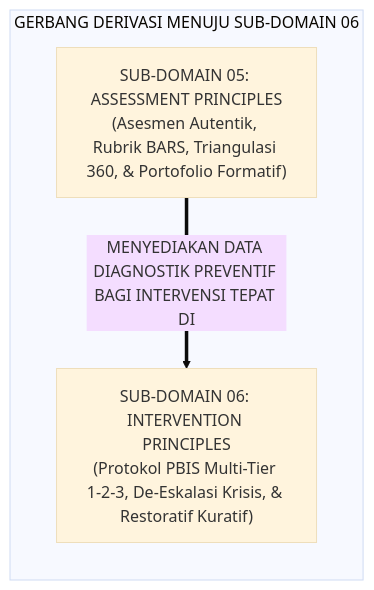
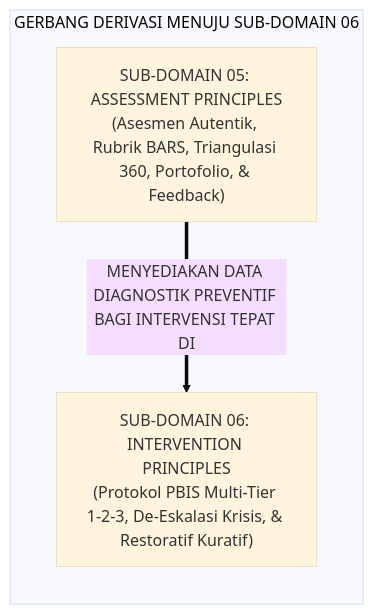
One commit to wandiapriliyandi/tumbuh changed the third of 3 diagrams in 02 Principles/05 Assessment Principles/P2-05-Prinsip-Asesmen-Karakter-TUMBUH.md. Above: the diagram before and after it, drawn with Mermaid (base theme). The commit also changed other lines of this file and 32 other files, not shown here.

Commit message:
feat(principles): expand organically Domain 02 Principles with non-uniform deep monographs (62 files total, max 10/sub-domain)

````diff
--- a/02 Principles/05 Assessment Principles/P2-05-Prinsip-Asesmen-Karakter-TUMBUH.md
+++ b/02 Principles/05 Assessment Principles/P2-05-Prinsip-Asesmen-Karakter-TUMBUH.md
@@ -120,10 +123,10 @@
 ```mermaid
 graph LR
     subgraph GerbangDerivasiInterventionPrinciples["GERBANG DERIVASI MENUJU SUB-DOMAIN 06"]
-        D2_05["SUB-DOMAIN 05: ASSESSMENT PRINCIPLES<br/>(Asesmen Autentik, Rubrik BARS, Triangulasi 360, & Portofolio Formatif)"]
+        D2_05["SUB-DOMAIN 05: ASSESSMENT PRINCIPLES<br/>(Asesmen Autentik, Rubrik BARS, Triangulasi 360, Portofolio, & Feedback)"]
         
         D2_06["SUB-DOMAIN 06: INTERVENTION PRINCIPLES<br/>(Protokol PBIS Multi-Tier 1-2-3, De-Eskalasi Krisis, & Restoratif Kuratif)"]
         
         D2_05 ==>|MENYEDIAKAN DATA DIAGNOSTIK PREVENTIF BAGI INTERVENSI TEPAT DI| D2_06
     end
 ```
````
